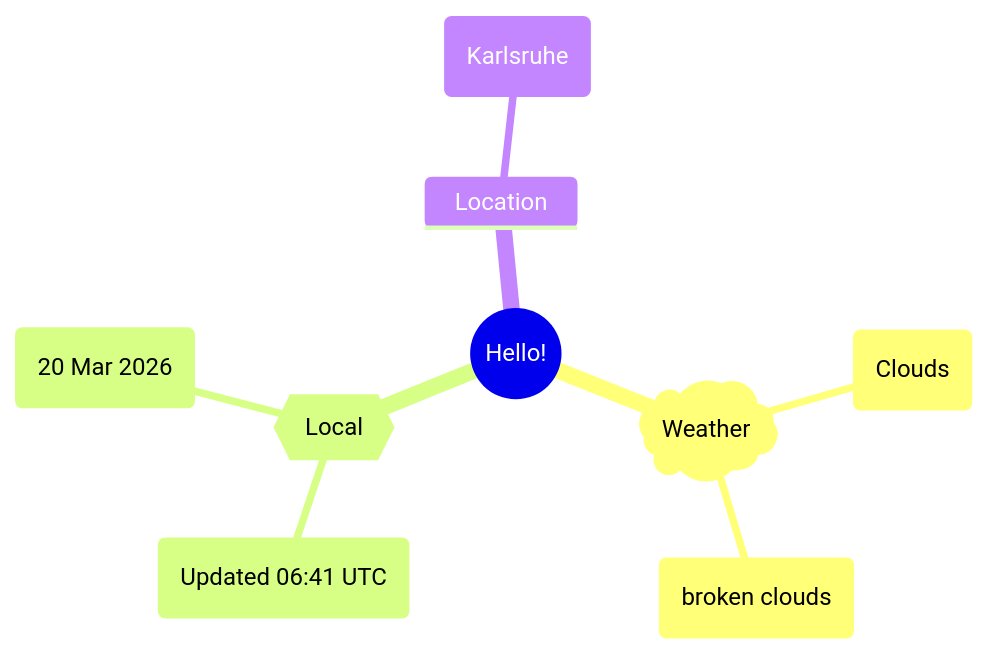
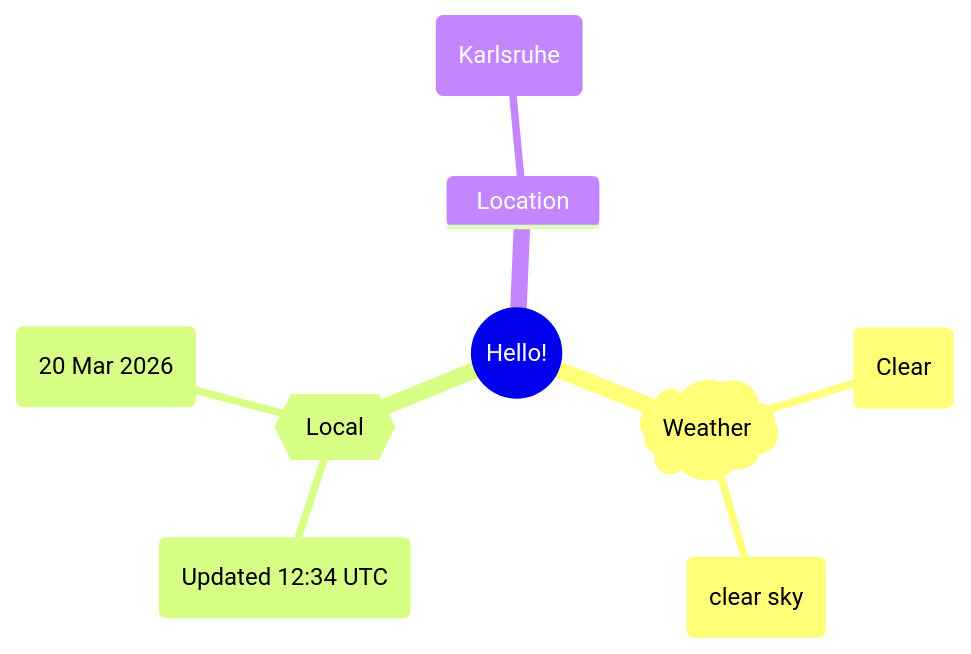
The first of 2 diagrams in README.md (Xosrov/Xosrov), drawn with Mermaid before and after one commit.

Commit message:
[bot] updated images

````diff
--- a/README.md
+++ b/README.md
@@ -3,12 +3,12 @@
 ```mermaid
 mindmap
   root((Hello!))
     )Weather(
-        (Clouds)
-        (broken clouds)
+        (Clear)
+        (clear sky)
     {{Local}}
-        (Updated 06:41 UTC)
+        (Updated 12:34 UTC)
         (20 Mar 2026)
     Location
         (Karlsruhe)
 ```
````
